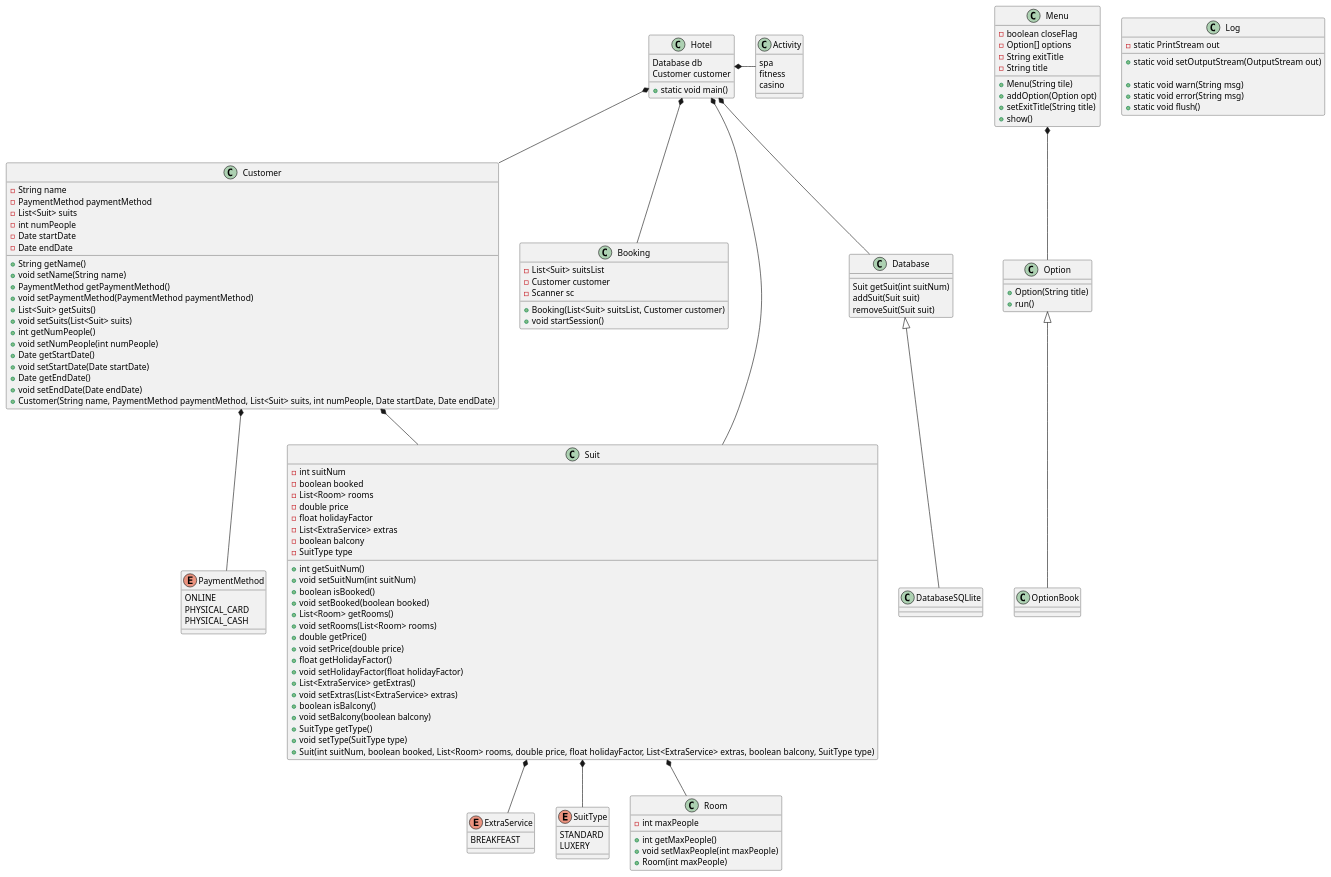
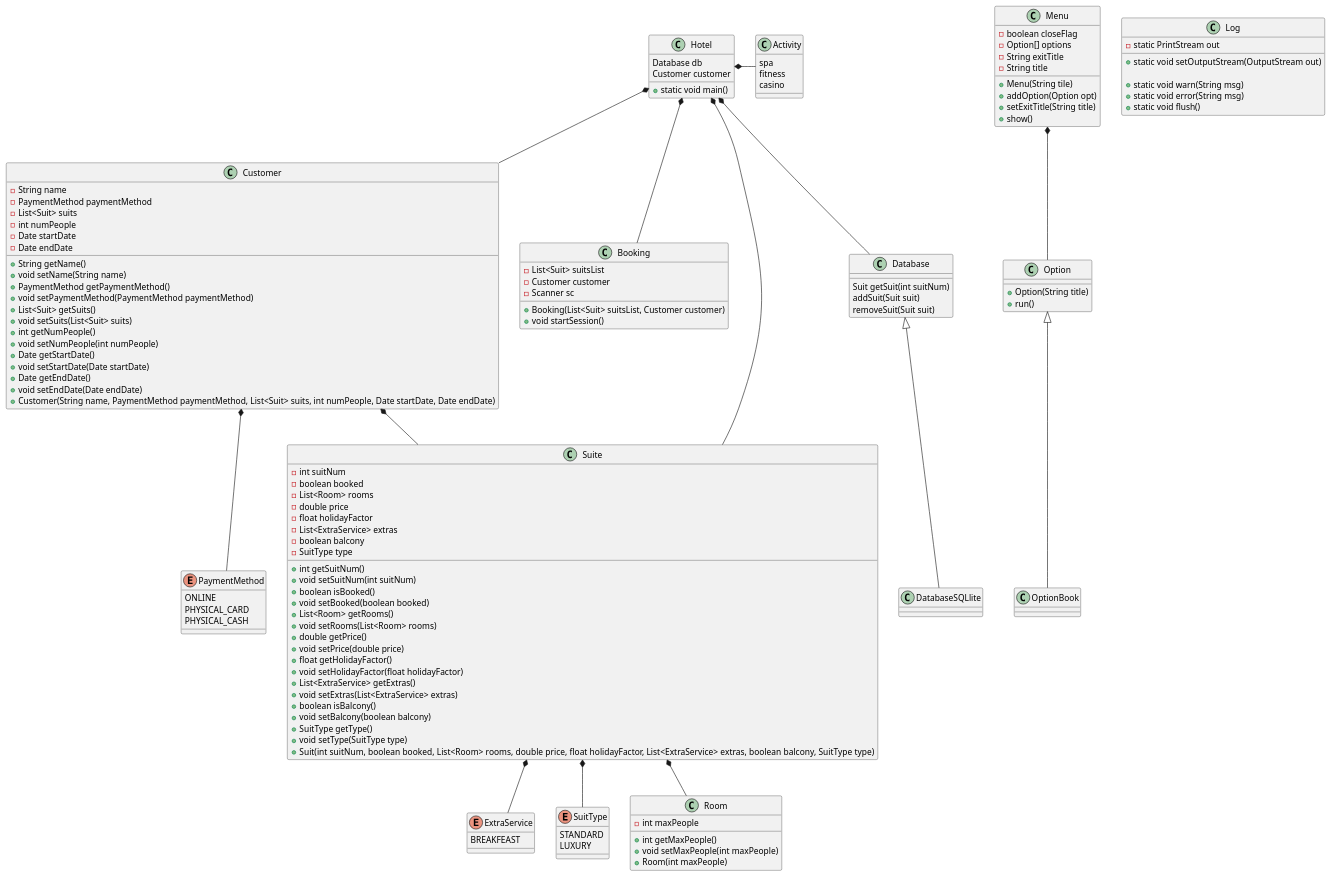
The diagram in doc/class.puml (AsgerLA/SP4), drawn with PlantUML before and after one commit. The commit also changed 4 other files, not shown here.

```diff
--- a/doc/class.puml
+++ b/doc/class.puml
@@ -1,138 +1,138 @@
 @startuml
 
 class Menu {
     - boolean closeFlag
     - Option[] options
     - String exitTitle
     - String title
 
     + Menu(String tile)
     + addOption(Option opt)
     + setExitTitle(String title)
     + show()
 }
 
 class Option {
     + Option(String title)
     + run()
 }
 Menu *-- Option
 class OptionBook extends Option {}
 
 class Hotel {
     Database db
     Customer customer
     + static void main()
 }
 enum PaymentMethod {
     ONLINE
     PHYSICAL_CARD
     PHYSICAL_CASH
 }
 class Customer {
     - String name
     - PaymentMethod paymentMethod
     - List<Suit> suits
     - int numPeople
     - Date startDate
     - Date endDate
     + String getName()
         + void setName(String name)
         + PaymentMethod getPaymentMethod()
         + void setPaymentMethod(PaymentMethod paymentMethod)
         + List<Suit> getSuits()
         + void setSuits(List<Suit> suits)
         + int getNumPeople()
         + void setNumPeople(int numPeople)
         + Date getStartDate()
         + void setStartDate(Date startDate)
         + Date getEndDate()
         + void setEndDate(Date endDate)
         + Customer(String name, PaymentMethod paymentMethod, List<Suit> suits, int numPeople, Date startDate, Date endDate)
 }
 
 class Activity {
     spa
     fitness
     casino
 }
 class Booking {
      - List<Suit> suitsList
      - Customer customer
      - Scanner sc
      + Booking(List<Suit> suitsList, Customer customer)
      + void startSession()
  }
 
 
 enum ExtraService {
     BREAKFEAST
 }
-class Suit {
+class Suite {
     - int suitNum
     - boolean booked
     - List<Room> rooms
     - double price
     - float holidayFactor
     - List<ExtraService> extras
     - boolean balcony
     - SuitType type
     + int getSuitNum()
         + void setSuitNum(int suitNum)
         + boolean isBooked()
         + void setBooked(boolean booked)
         + List<Room> getRooms()
         + void setRooms(List<Room> rooms)
         + double getPrice()
         + void setPrice(double price)
         + float getHolidayFactor()
         + void setHolidayFactor(float holidayFactor)
         + List<ExtraService> getExtras()
         + void setExtras(List<ExtraService> extras)
         + boolean isBalcony()
         + void setBalcony(boolean balcony)
         + SuitType getType()
         + void setType(SuitType type)
         + Suit(int suitNum, boolean booked, List<Room> rooms, double price, float holidayFactor, List<ExtraService> extras, boolean balcony, SuitType type)
 }
 enum SuitType {
     STANDARD
-    LUXERY
+    LUXURY
 }
 class Room {
     - int maxPeople
     + int getMaxPeople()
     + void setMaxPeople(int maxPeople)
     + Room(int maxPeople)
 }
 
 class Database {
     Suit getSuit(int suitNum)
     addSuit(Suit suit)
     removeSuit(Suit suit)
 }
 
 class DatabaseSQLlite extends Database {
 
 }
 
 class Log {
     - static PrintStream out
     + static void setOutputStream(OutputStream out)
 
     + static void warn(String msg)
     + static void error(String msg)
     + static void flush()
 }
 
 Hotel *- Activity
 Hotel *-- Database
 Customer *-- PaymentMethod
-Customer *-- Suit
-Suit *-- Room
-Suit *-- ExtraService
-Suit *-- SuitType
-Hotel *-- Suit
+Customer *-- Suite
+Suite *-- Room
+Suite *-- ExtraService
+Suite *-- SuitType
+Hotel *-- Suite
 Hotel *-- Customer
 Hotel *-- Booking
 @enduml
```
